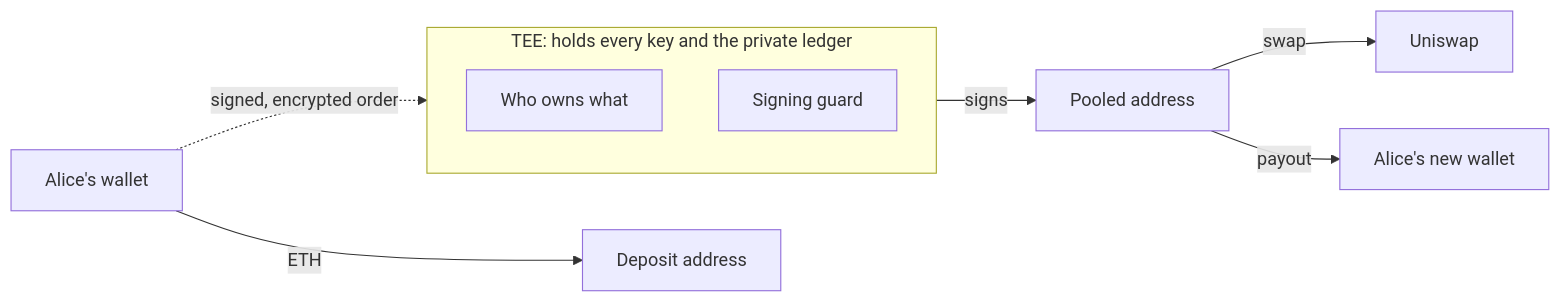
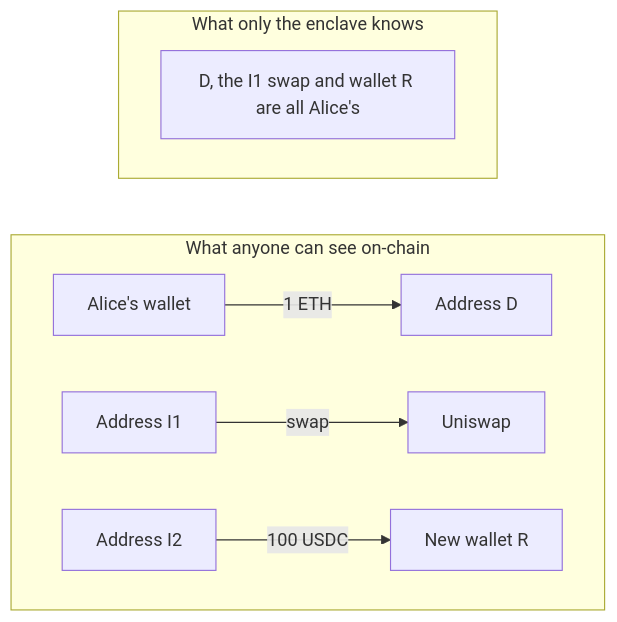
The first of 7 diagrams in README.md (Apurvborhade/Cloakroom), drawn with Mermaid before and after one commit. The commit also changed other lines of this file, not shown here.

First line of the commit message:
docs(readme): add architecture, flows and safety sections

````diff
--- a/README.md
+++ b/README.md
@@ -15,14 +36,13 @@
 ```mermaid
 flowchart LR
-  alice["Alice's wallet"] -- "ETH" --> deposit["Deposit address"]
-  alice -. "signed, encrypted order" .-> tee
-
-  subgraph tee["TEE: holds every key and the private ledger"]
-    ledger["Who owns what"]
-    guard["Signing guard"]
+  subgraph chain["What anyone can see on-chain"]
+    direction LR
+    A["Alice's wallet"] -- "1 ETH" --> D["Address D"]
+    I1["Address I1"] -- "swap" --> U["Uniswap"]
+    I2["Address I2"] -- "100 USDC" --> R["New wallet R"]
   end
-
-  tee -- "signs" --> pool["Pooled address"]
-  pool -- "swap" --> uniswap["Uniswap"]
-  pool -- "payout" --> fresh["Alice's new wallet"]
+  subgraph enclave["What only the enclave knows"]
+    direction LR
+    L["D, the I1 swap and wallet R are all Alice's"]
+  end
 ```
````
